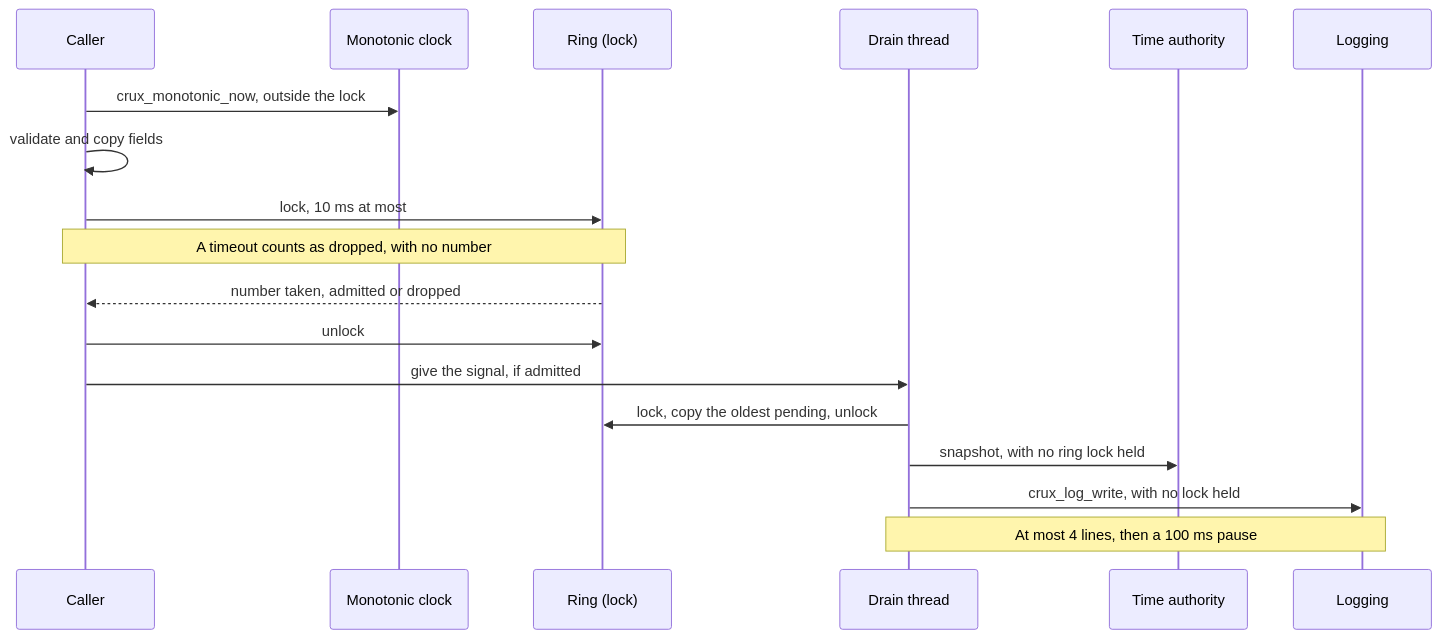
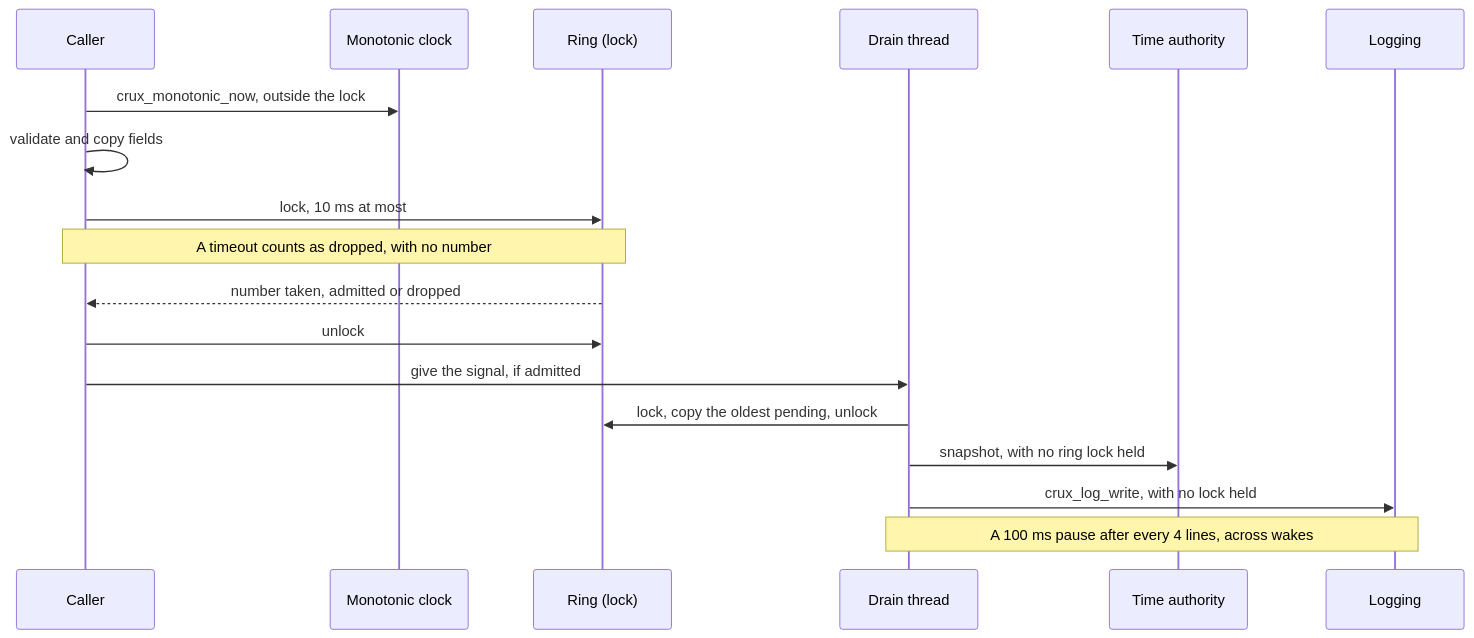
One commit to wonny-labs/crux-pilot changed the second of 3 diagrams in docs/security-event-contract.md. Above: the diagram before and after it, drawn with Mermaid. The commit also changed other lines of this file and 1 other file, not shown here.

First line of the commit message:
docs(security_event): correct the contract after review

````diff
--- a/docs/security-event-contract.md
+++ b/docs/security-event-contract.md
@@ -125,21 +125,21 @@
 ```mermaid
 sequenceDiagram
     participant C as Caller
     participant T as Monotonic clock
     participant R as Ring (lock)
     participant D as Drain thread
     participant W as Time authority
     participant L as Logging
 
     C->>T: crux_monotonic_now, outside the lock
     C->>C: validate and copy fields
     C->>R: lock, 10 ms at most
     Note over C,R: A timeout counts as dropped, with no number
     R-->>C: number taken, admitted or dropped
     C->>R: unlock
     C->>D: give the signal, if admitted
     D->>R: lock, copy the oldest pending, unlock
     D->>W: snapshot, with no ring lock held
     D->>L: crux_log_write, with no lock held
-    Note over D,L: At most 4 lines, then a 100 ms pause
+    Note over D,L: A 100 ms pause after every 4 lines, across wakes
 ```
````
